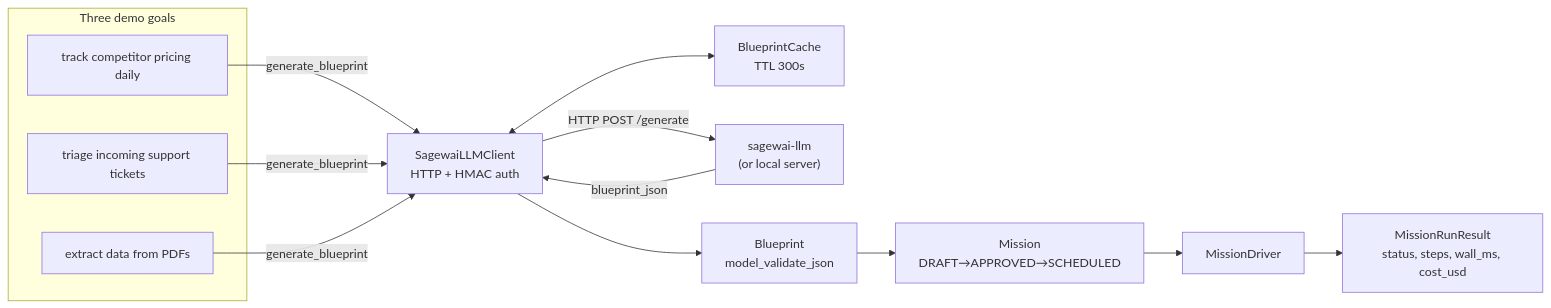
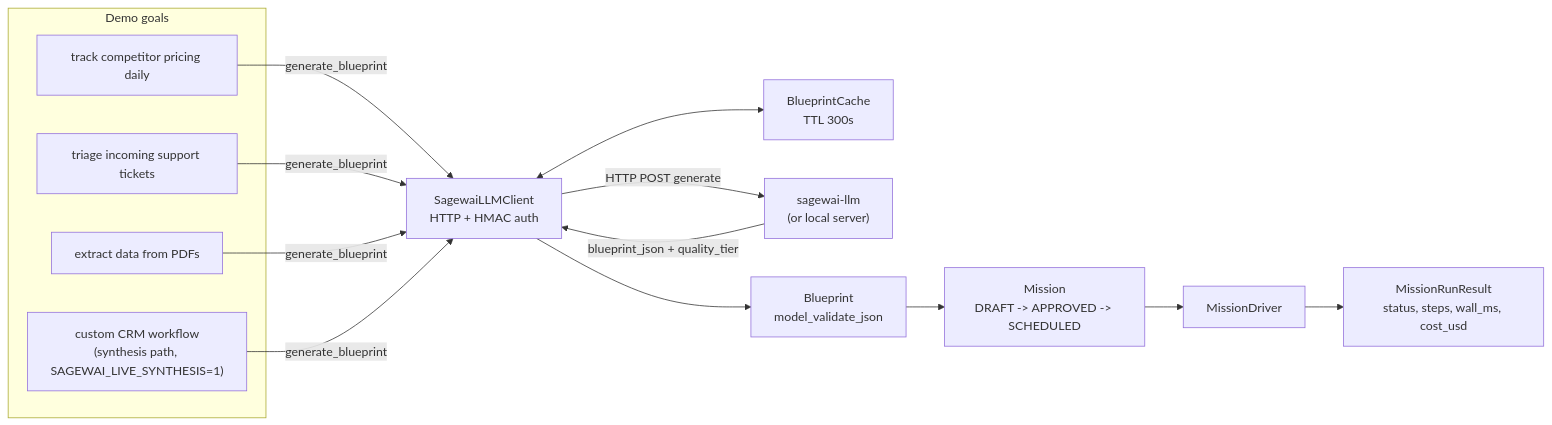
The first of 2 diagrams in packages/sdk/sagewai/examples/35_autopilot_hosted_service.md (sagewai/platform), drawn with Mermaid before and after one commit. The commit also changed other lines of this file and 8 other files, not shown here.

Commit message:
feat(examples): autopilot E-delta — quality_tier, live-synthesis, 4 companion READMEs (#258)

````diff
--- a/packages/sdk/sagewai/examples/35_autopilot_hosted_service.md
+++ b/packages/sdk/sagewai/examples/35_autopilot_hosted_service.md
@@ -20,25 +25,26 @@
 ```mermaid
 flowchart LR
-    subgraph Goals["Three demo goals"]
+    subgraph Goals["Demo goals"]
         G1["track competitor pricing daily"]
         G2["triage incoming support tickets"]
         G3["extract data from PDFs"]
+        G4["custom CRM workflow\n(synthesis path, SAGEWAI_LIVE_SYNTHESIS=1)"]
     end
 
     Client["SagewaiLLMClient\nHTTP + HMAC auth"]
     Cache["BlueprintCache\nTTL 300s"]
     Svc["sagewai-llm\n(or local server)"]
     BP["Blueprint\nmodel_validate_json"]
-    Mission["Mission\nDRAFT→APPROVED→SCHEDULED"]
+    Mission["Mission\nDRAFT -> APPROVED -> SCHEDULED"]
     Driver["MissionDriver"]
     Result["MissionRunResult\nstatus, steps, wall_ms, cost_usd"]
 
-    G1 & G2 & G3 -->|generate_blueprint| Client
+    G1 & G2 & G3 & G4 -->|generate_blueprint| Client
     Client <--> Cache
-    Client -->|HTTP POST /generate| Svc
-    Svc -->|blueprint_json| Client
+    Client -->|HTTP POST generate| Svc
+    Svc -->|blueprint_json + quality_tier| Client
     Client --> BP
     BP --> Mission
     Mission --> Driver
     Driver --> Result
 ```
````
